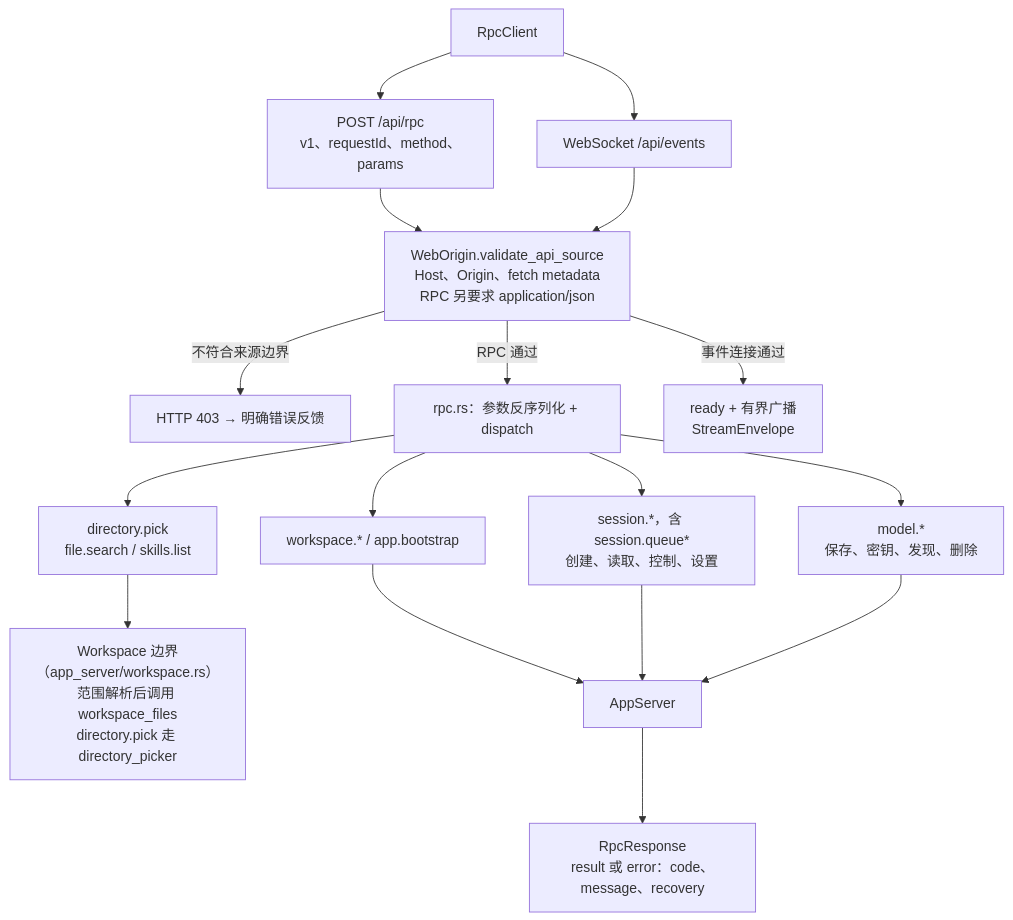
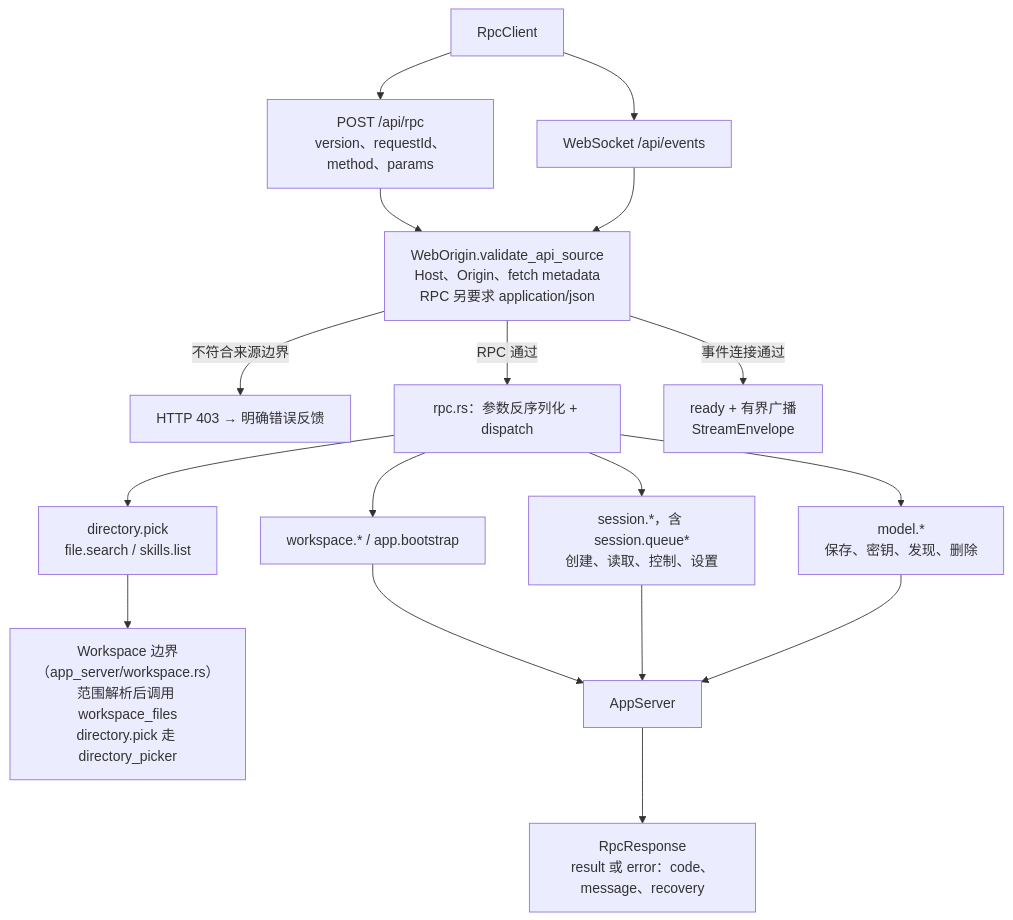
One commit to qjcnmd/singularity-agent changed the ninth of 29 diagrams in docs/architecture.md. Above: the diagram before and after it, drawn with Mermaid. The commit also changed other lines of this file and 46 other files, not shown here.

````diff
--- a/docs/architecture.md
+++ b/docs/architecture.md
@@ -244,19 +244,19 @@
 ```mermaid
 flowchart TB
-    Browser["RpcClient"] --> RPC["POST /api/rpc<br/>v1、requestId、method、params"]
+    Browser["RpcClient"] --> RPC["POST /api/rpc<br/>version、requestId、method、params"]
     Browser --> WS["WebSocket /api/events"]
     RPC --> Origin["WebOrigin.validate_api_source<br/>Host、Origin、fetch metadata<br/>RPC 另要求 application/json"]
     WS --> Origin
     Origin -->|"不符合来源边界"| Forbidden["HTTP 403 → 明确错误反馈"]
     Origin -->|"RPC 通过"| Dispatch["rpc.rs：参数反序列化 + dispatch"]
     Dispatch --> Files["directory.pick<br/>file.search / skills.list"]
     Dispatch --> Projects["workspace.* / app.bootstrap"]
     Dispatch --> Sessions["session.*，含 session.queue*<br/>创建、读取、控制、设置"]
     Dispatch --> Models["model.*<br/>保存、密钥、发现、删除"]
     Files --> FileAdapter["Workspace 边界（app_server/workspace.rs）<br/>范围解析后调用 workspace_files<br/>directory.pick 走 directory_picker"]
     Projects --> WB["AppServer"]
     Sessions --> WB
     Models --> WB
     WB --> Receipt["RpcResponse<br/>result 或 error：code、message、recovery"]
     Origin -->|"事件连接通过"| Broadcast["ready + 有界广播<br/>StreamEnvelope"]
 ```
````
